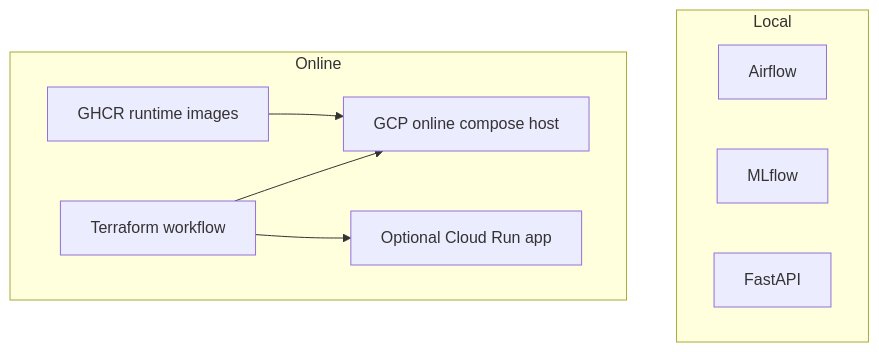
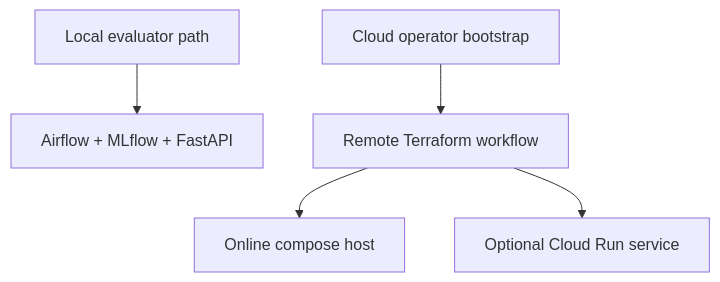
One commit to javihslu/foehncast changed the second of 2 diagrams in README.md. Above: the diagram before and after it, drawn with Mermaid. The commit also changed other lines of this file and 9 other files, not shown here.

````diff
--- a/README.md
+++ b/README.md
@@ -31,17 +40,7 @@
 ```mermaid
 flowchart TB
-    subgraph Local
-        LocalAirflow[Airflow]
-        LocalMLflow[MLflow]
-        LocalAPI[FastAPI]
-    end
-    subgraph Online
-        GHCR[GHCR runtime images]
-        Terraform[Terraform workflow]
-        Host[GCP online compose host]
-        CloudRun[Optional Cloud Run app]
-    end
-    GHCR --> Host
-    Terraform --> Host
-    Terraform --> CloudRun
+    Local[Local evaluator path] --> Compose[Airflow + MLflow + FastAPI]
+    Cloud[Cloud operator bootstrap] --> Remote[Remote Terraform workflow]
+    Remote --> Host[Online compose host]
+    Remote --> Run[Optional Cloud Run service]
 ```
````
